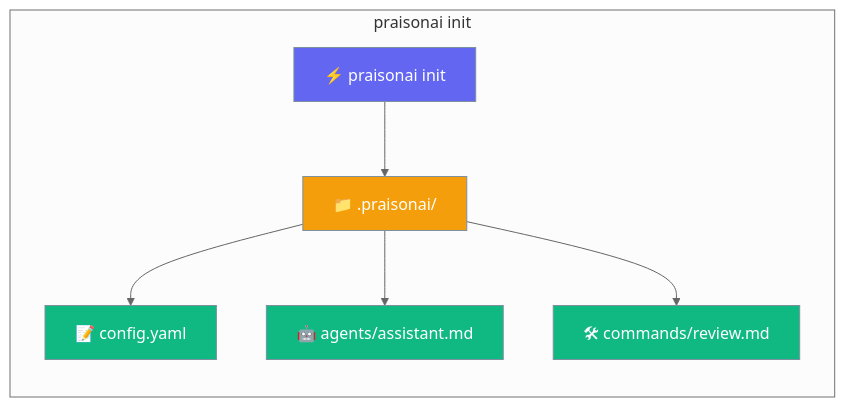
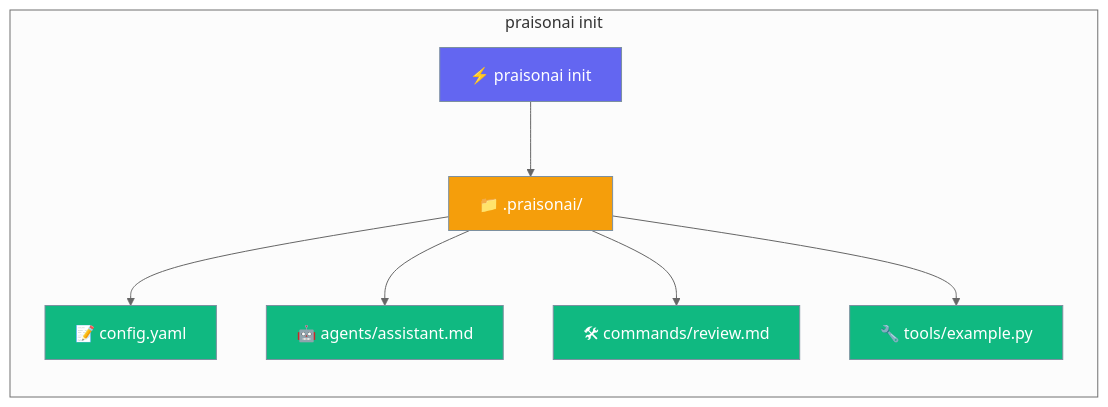
Before and after one commit to MervinPraison/PraisonAIDocs: the first of 3 diagrams in docs/cli/init.mdx, drawn with Mermaid (neutral theme). The commit also changed other lines of this file and 2 other files, not shown here.

First line of the commit message:
docs: document auto-loaded .praisonai/tools/*.py project-local tools (fixes #1994)

````diff
--- a/docs/cli/init.mdx
+++ b/docs/cli/init.mdx
@@ -10,17 +10,18 @@
 ```mermaid
 graph LR
     subgraph "praisonai init"
         I[⚡ praisonai init] --> S[📁 .praisonai/]
         S --> C[📝 config.yaml]
         S --> A[🤖 agents/assistant.md]
         S --> CMD[🛠 commands/review.md]
+        S --> TL[🔧 tools/example.py]
     end
 
     classDef cmd fill:#6366F1,stroke:#7C90A0,color:#fff
     classDef dir fill:#F59E0B,stroke:#7C90A0,color:#fff
     classDef file fill:#10B981,stroke:#7C90A0,color:#fff
 
     class I cmd
     class S dir
-    class C,A,CMD file
+    class C,A,CMD,TL file
 ```
````
